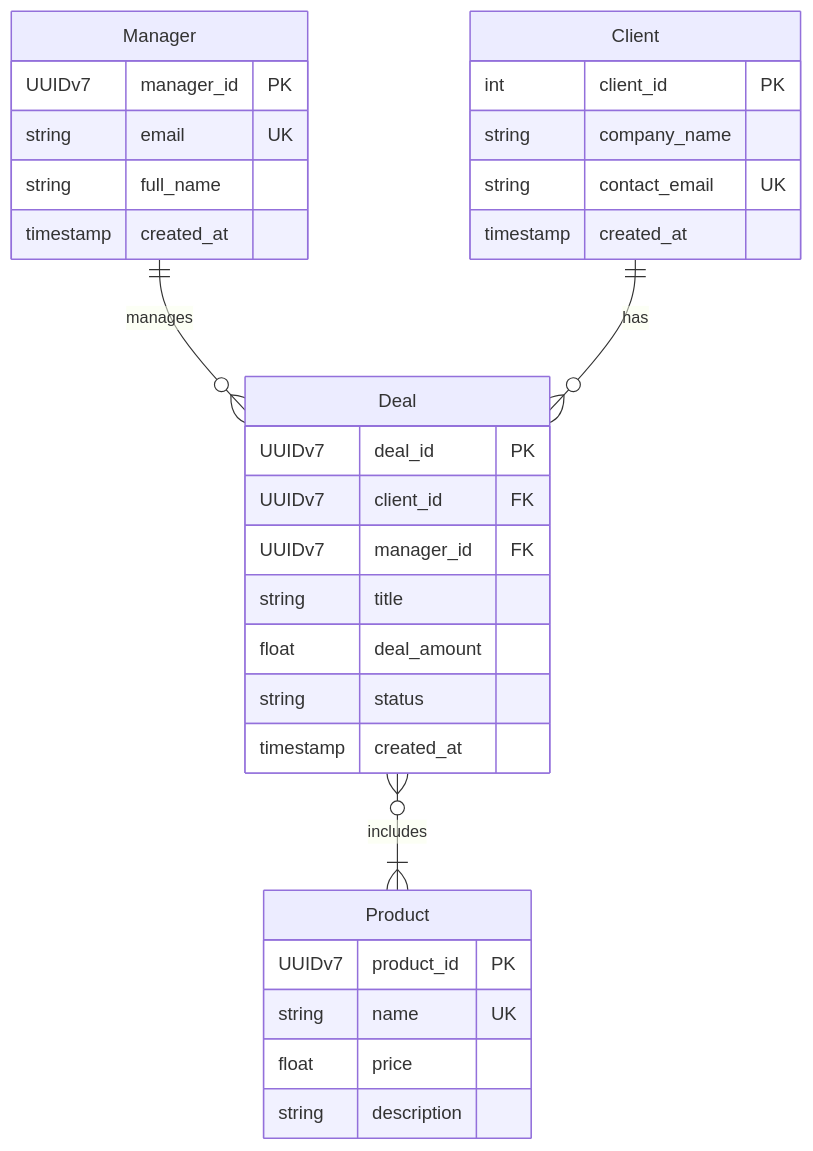
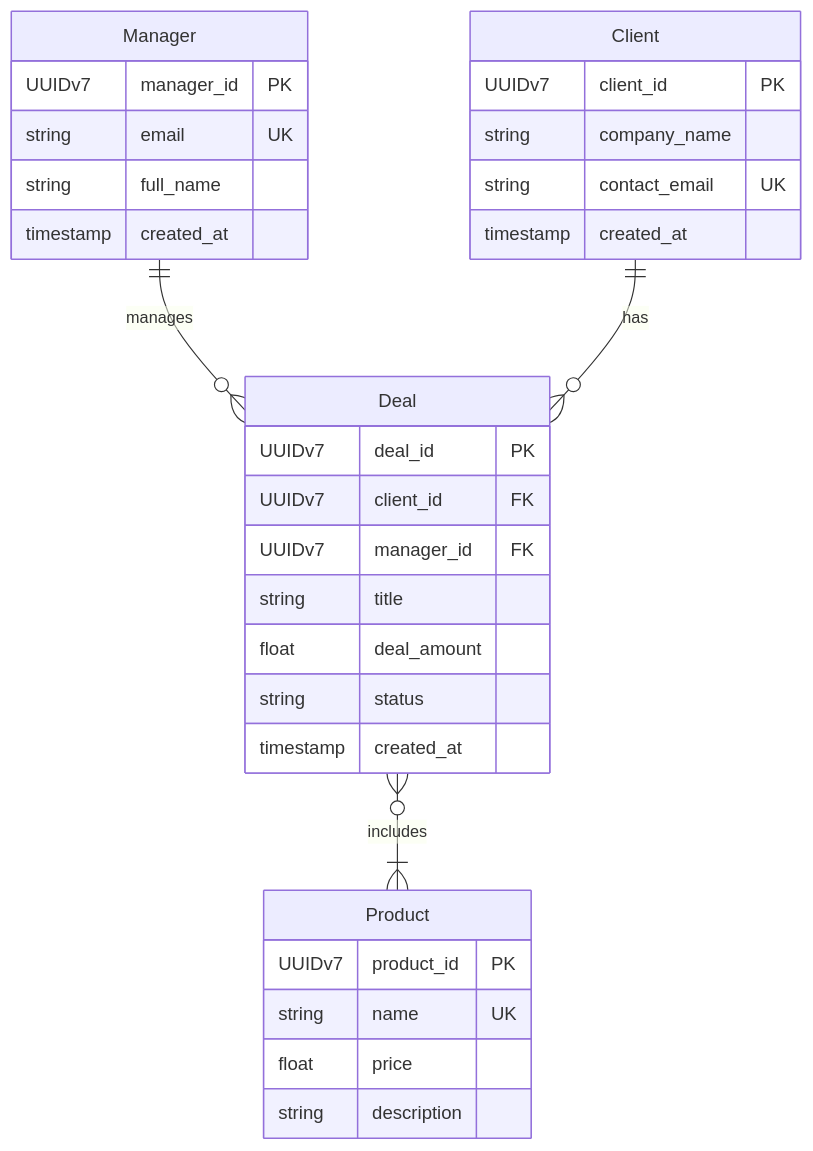
Before and after one commit to VitalityTech/SRMA_Labs: the diagram in lab1/model/er-diagram.mmd, drawn with Mermaid. The commit also changed 1 other file, not shown here.

Commit message:
fix(lab1): add unified UUIDv7 criterion — fix Client.client_id type
Audit discrepancy 2: AI used type 'int' for Client.client_id instead of
UUIDv7 as specified. Added explicit unification criterion for all identifiers.
Regenerated model.

```diff
--- a/lab1/model/er-diagram.mmd
+++ b/lab1/model/er-diagram.mmd
@@ -1,32 +1,32 @@
 erDiagram
     Manager ||--o{ Deal : manages
     Client ||--o{ Deal : has
     Deal }o--|{ Product : includes
 
     Manager {
         UUIDv7 manager_id PK
         string email UK
         string full_name
         timestamp created_at
     }
     Client {
-        int client_id PK
+        UUIDv7 client_id PK
         string company_name
         string contact_email UK
         timestamp created_at
     }
     Deal {
         UUIDv7 deal_id PK
         UUIDv7 client_id FK
         UUIDv7 manager_id FK
         string title
         float deal_amount
         string status
         timestamp created_at
     }
     Product {
         UUIDv7 product_id PK
         string name UK
         float price
         string description
     }
```
